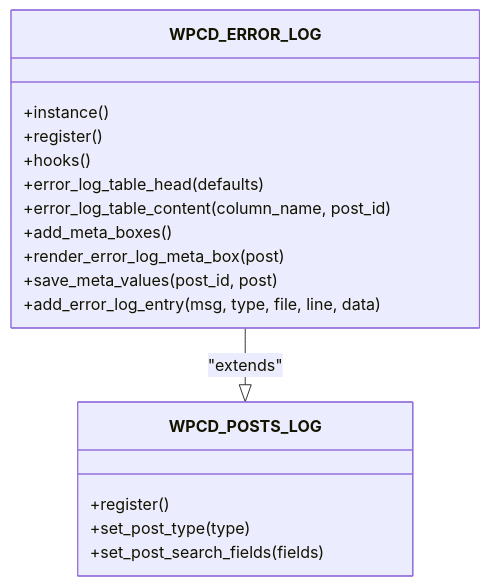
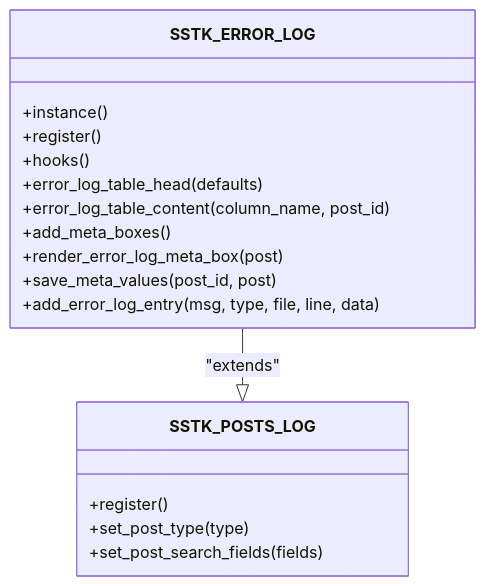
Before and after one commit to onedogsolutions/simple-stack: the third of 7 diagrams in .qoder/repowiki/en/content/Logging & Monitoring/Error Tracking & Debugging.md, drawn with Mermaid. The commit also changed other lines of this file and 5941 other files, not shown here.

````diff
--- a/.qoder/repowiki/en/content/Logging & Monitoring/Error Tracking & Debugging.md
+++ b/.qoder/repowiki/en/content/Logging & Monitoring/Error Tracking & Debugging.md
@@ -139,20 +139,20 @@
 ```mermaid
 classDiagram
-class WPCD_POSTS_LOG {
+class SSTK_POSTS_LOG {
 +register()
 +set_post_type(type)
 +set_post_search_fields(fields)
 }
-class WPCD_ERROR_LOG {
+class SSTK_ERROR_LOG {
 +instance()
 +register()
 +hooks()
 +error_log_table_head(defaults)
 +error_log_table_content(column_name, post_id)
 +add_meta_boxes()
 +render_error_log_meta_box(post)
 +save_meta_values(post_id, post)
 +add_error_log_entry(msg, type, file, line, data)
 }
-WPCD_ERROR_LOG --|> WPCD_POSTS_LOG : "extends"
+SSTK_ERROR_LOG --|> SSTK_POSTS_LOG : "extends"
 ```
````
